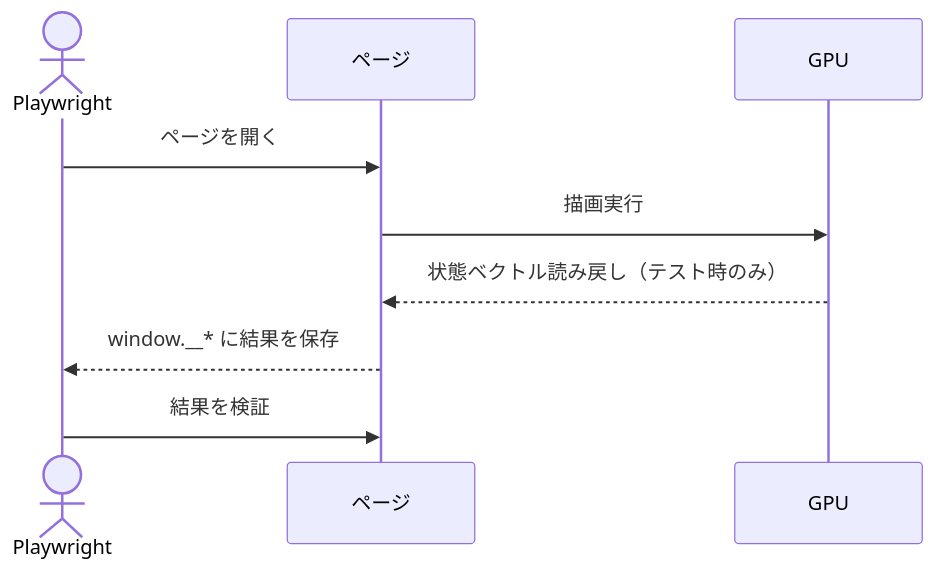
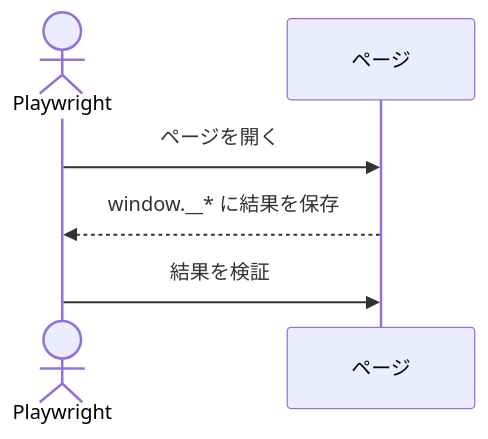
One commit to qniapp/qni-webgpu changed the fourth of 4 diagrams in docs/architecture.md. Above: the diagram before and after it, drawn with Mermaid. The commit also changed other lines of this file and 56 other files, not shown here.

````diff
--- a/docs/architecture.md
+++ b/docs/architecture.md
@@ -91,11 +81,8 @@
 ```mermaid
 sequenceDiagram
   actor T as Playwright
   participant P as ページ
-  participant G as GPU
   T->>P: ページを開く
-  P->>G: 描画実行
-  G-->>P: 状態ベクトル読み戻し（テスト時のみ）
   P-->>T: window.__* に結果を保存
   T->>P: 結果を検証
 ```
````
